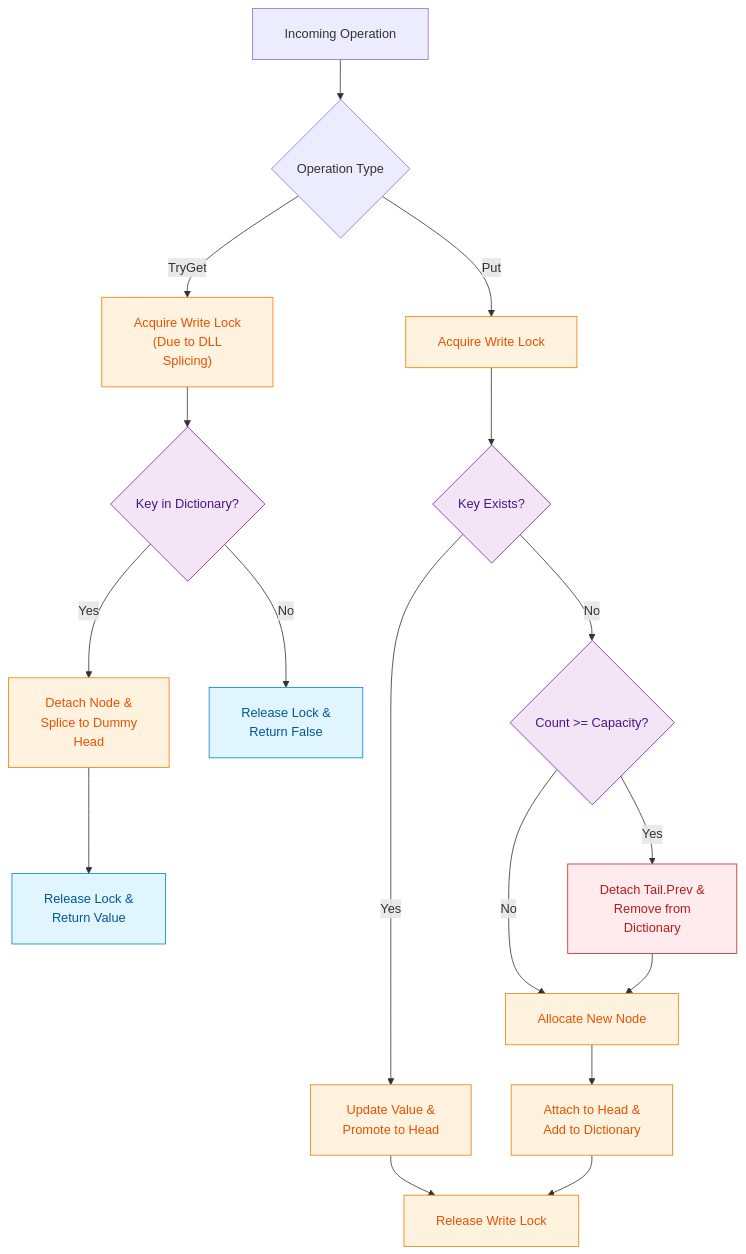
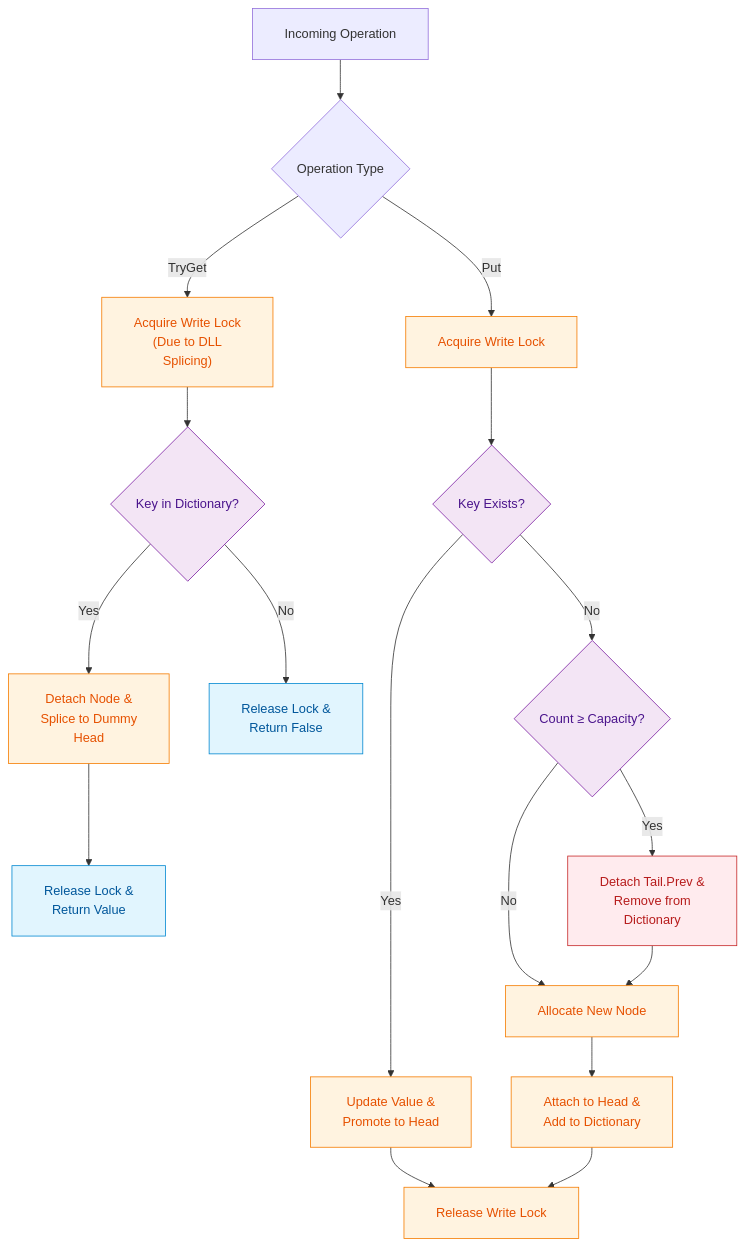
Before and after one commit to dip4k/DSA_102: the first of 2 diagrams in Senior_problem_solution/26_Thread_Safe_Data_Structures.md, drawn with Mermaid. The commit also changed 147 other files, not shown here.

First line of the commit message:
feat(curriculum): enrich Weeks 01-19 instructional modules & resolve repository-wide Mermaid cutoff

````diff
--- a/Senior_problem_solution/26_Thread_Safe_Data_Structures.md
+++ b/Senior_problem_solution/26_Thread_Safe_Data_Structures.md
@@ -50,27 +50,27 @@
 ```mermaid
 %%{init: {"flowchart": {"htmlLabels": true, "padding": 20}, "themeCSS": "foreignObject { overflow: visible !important; }"}}%%
 flowchart TD
     classDef readOp fill:#e1f5fe,stroke:#0288d1,color:#01579b
     classDef writeOp fill:#fff3e0,stroke:#f57c00,color:#e65100
     classDef checkOp fill:#f3e5f5,stroke:#7b1fa2,color:#4a148c
     classDef alertOp fill:#ffebee,stroke:#c62828,color:#b71c1c
 
     Start["Incoming Operation"] --> OpType{"Operation Type"}
     OpType -->|TryGet| GetLock["Acquire Write Lock<br/>(Due to DLL<br/>Splicing)"]:::writeOp
     OpType -->|Put| PutLock["Acquire Write Lock"]:::writeOp
 
     GetLock --> FindKey{"Key in Dictionary?"}:::checkOp
     FindKey -->|Yes| SpliceMRU["Detach Node &<br/>Splice to Dummy<br/>Head"]:::writeOp
     FindKey -->|No| ReturnFalse["Release Lock &<br/>Return False"]:::readOp
     SpliceMRU --> ReturnVal["Release Lock &<br/>Return Value"]:::readOp
 
     PutLock --> ExistsKey{"Key Exists?"}:::checkOp
     ExistsKey -->|Yes| UpdateVal["Update Value &<br/>Promote to Head"]:::writeOp
-    ExistsKey -->|No| CapCheck{"Count >= Capacity?"}:::checkOp
+    ExistsKey -->|No| CapCheck{"Count &ge; Capacity?"}:::checkOp
     CapCheck -->|Yes| EvictTail["Detach Tail.Prev &<br/>Remove from<br/>Dictionary"]:::alertOp
     CapCheck -->|No| InsertNode["Allocate New Node"]:::writeOp
     EvictTail --> InsertNode
     InsertNode --> SpliceHead["Attach to Head &<br/>Add to Dictionary"]:::writeOp
     UpdateVal --> ReleasePut["Release Write Lock"]:::writeOp
     SpliceHead --> ReleasePut
 ```
````
